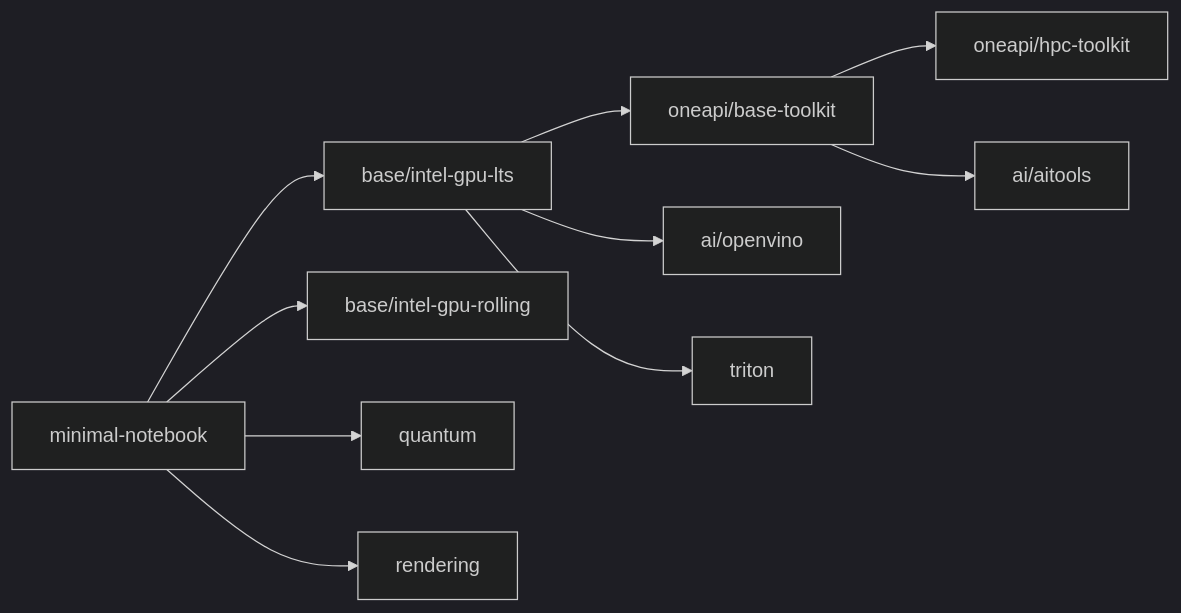
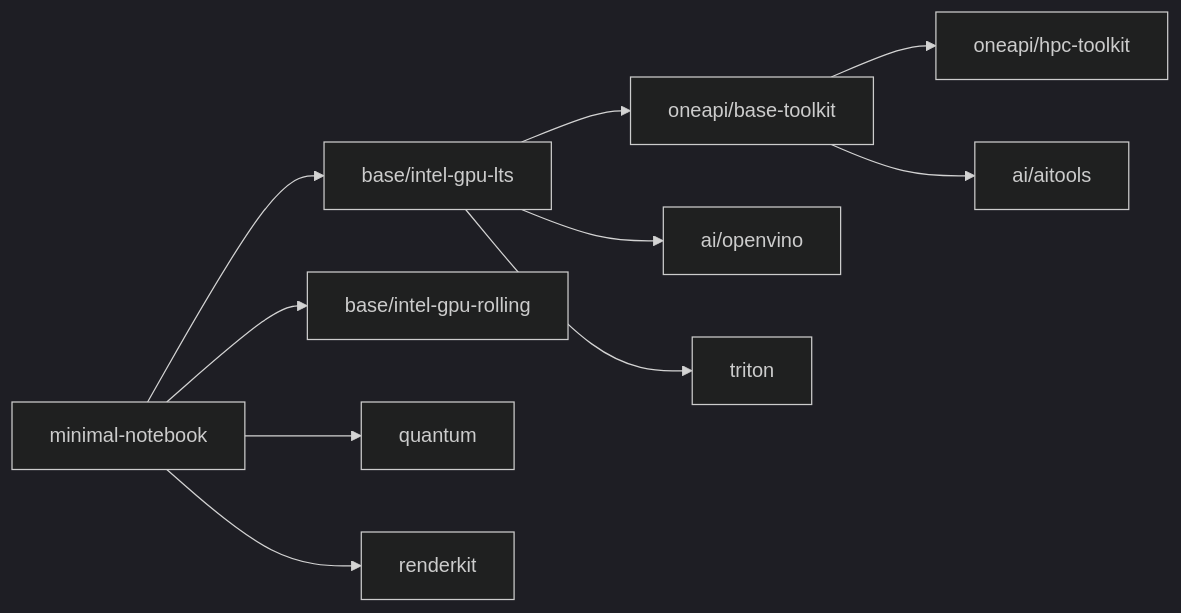
Before and after one commit to stevenfollis/intel-containers: the first of 2 diagrams in Readme.md, drawn with Mermaid (dark theme). The commit also changed other lines of this file and 3 other files, not shown here.

````diff
--- a/Readme.md
+++ b/Readme.md
@@ -26,22 +26,22 @@
 ```mermaid
 graph LR;
     0[minimal-notebook]
     1[base/intel-gpu-lts]
     2[base/intel-gpu-rolling]
     3[oneapi/base-toolkit]
     4[oneapi/hpc-toolkit]
     5[ai/aitools]
     6[ai/openvino]
     7[quantum]
-    8[rendering]
+    8[renderkit]
     9[triton]
     0 --> 1
     0 --> 2
     1 --> 3
     3 --> 4
     3 --> 5
     1 --> 6
     0 --> 7
     0 --> 8
     1 --> 9
 ```
````
